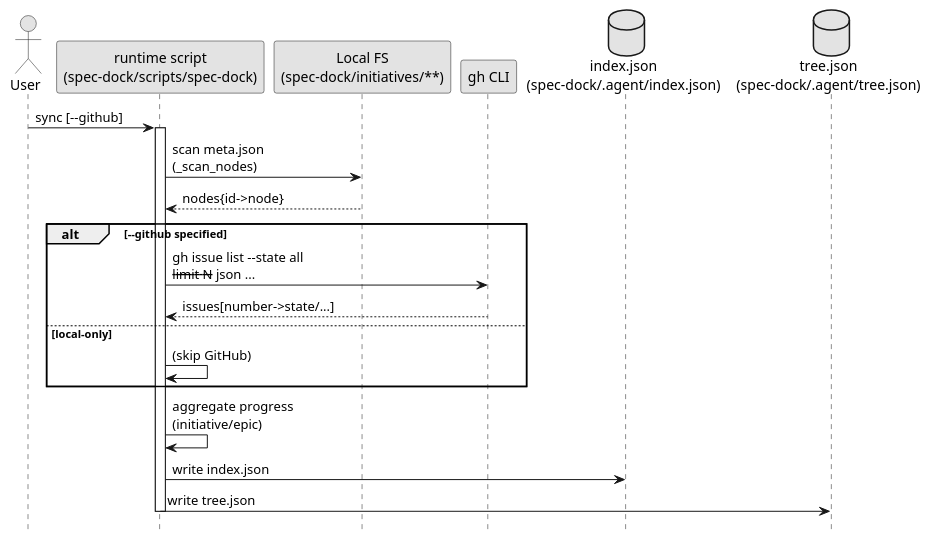
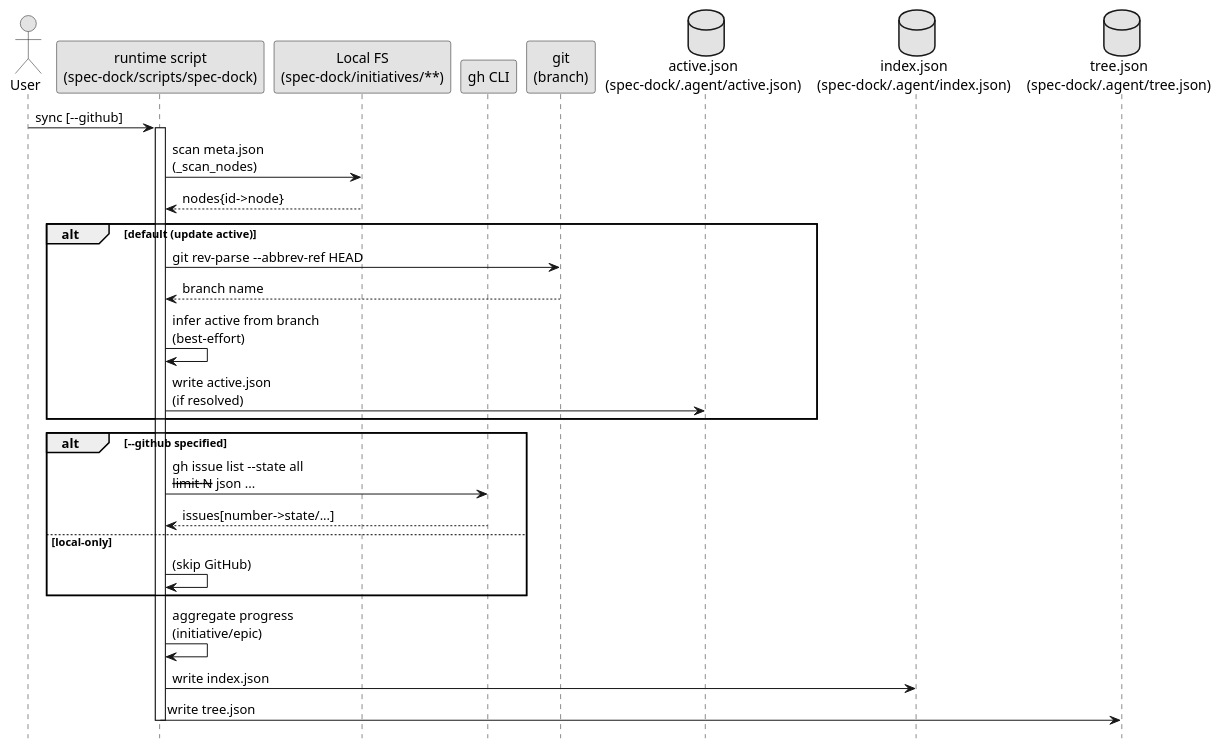
Before and after one commit to chemitaro/spec-dock: the diagram in src/spec_dock/assets/spec_dock/docs/sync.md, drawn with PlantUML. The commit also changed other lines of this file and 25 other files, not shown here.

Commit message:
feat(spec-dock): アクティブ指向の設定と GitHub 連携を強化 - spec-dock/scripts/spec-dock にアクティブ構成の SSOT、placeholder、ブランチ名推論、gh checkout/clean チェック、sync の挙動改善を導入 - CLI と docs に仕様追記と system/active-none placeholder、readonly 保護を追加し、テストで新版の振る舞いを検証

````diff
--- a/src/spec_dock/assets/spec_dock/docs/sync.md
+++ b/src/spec_dock/assets/spec_dock/docs/sync.md
@@ -42,32 +49,41 @@
 ```plantuml
 @startuml
 skinparam monochrome true
 hide footbox
 
 actor User
 participant "runtime script\n(spec-dock/scripts/spec-dock)" as Script
 participant "Local FS\n(spec-dock/initiatives/**)" as FS
 participant "gh CLI" as GH
+participant "git\n(branch)" as Git
+database "active.json\n(spec-dock/.agent/active.json)" as Active
 database "index.json\n(spec-dock/.agent/index.json)" as State
 database "tree.json\n(spec-dock/.agent/tree.json)" as Tree
 
 User -> Script: sync [--github]
 activate Script
 
 Script -> FS: scan meta.json\n(_scan_nodes)
 FS --> Script: nodes{id->node}
+
+alt default (update active)
+  Script -> Git: git rev-parse --abbrev-ref HEAD
+  Git --> Script: branch name
+  Script -> Script: infer active from branch\n(best-effort)
+  Script -> Active: write active.json\n(if resolved)
+end
 
 alt --github specified
   Script -> GH: gh issue list --state all\n--limit N --json ...
   GH --> Script: issues[number->state/...]
 else local-only
   Script -> Script: (skip GitHub)
 end
 
 Script -> Script: aggregate progress\n(initiative/epic)
 Script -> State: write index.json
 Script -> Tree: write tree.json
 
 deactivate Script
 @enduml
 ```
````
